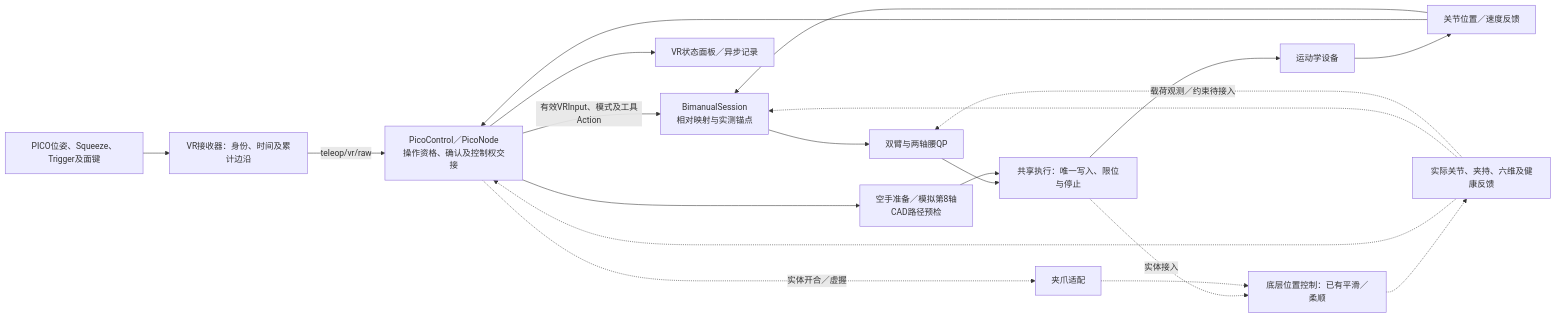
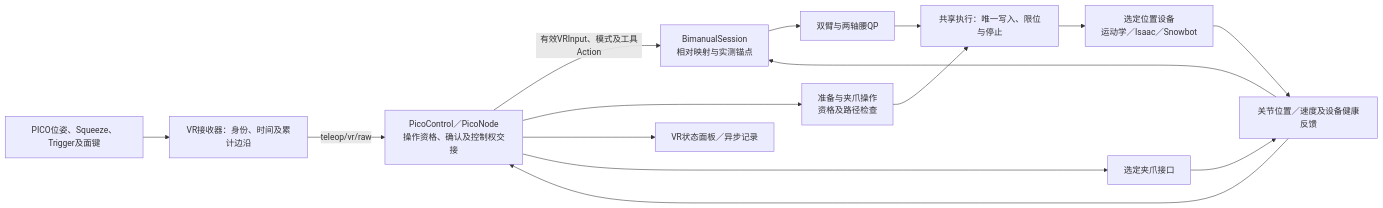
The diagram in src/capabilities/bindu_teleoperation/README.md (WXB1870/bindu), drawn with Mermaid before and after one commit. The commit also changed other lines of this file and 10 other files, not shown here.

````diff
--- a/src/capabilities/bindu_teleoperation/README.md
+++ b/src/capabilities/bindu_teleoperation/README.md
@@ -516,22 +517,17 @@
 ```mermaid
 flowchart LR
     PICO[PICO位姿、Squeeze、Trigger及面键] --> RX[VR接收器：身份、时间及累计边沿]
     RX -->|teleop/vr/raw| CO[PicoControl／PicoNode<br/>操作资格、确认及控制权交接]
     CO -->|有效VRInput、模式及工具Action| MAP[BimanualSession<br/>相对映射与实测锚点]
-    CO --> OP[空手准备／模拟第8轴<br/>CAD路径预检]
+    CO --> OP[准备与夹爪操作<br/>资格及路径检查]
     MAP --> QP[双臂与两轴腰QP]
     QP --> EXEC[共享执行：唯一写入、限位与停止]
     OP --> EXEC
-    EXEC --> SIM[运动学设备]
-    SIM --> FB[关节位置／速度反馈]
+    EXEC --> DEV[选定位置设备<br/>运动学／Isaac／Snowbot]
+    DEV --> FB[关节位置／速度及设备健康反馈]
     FB --> CO
     FB --> MAP
     CO --> UI[VR状态面板／异步记录]
-    EXEC -.实体接入.-> LOW[底层位置控制：已有平滑／柔顺]
-    CO -.实体开合／虚握.-> CLAW[夹爪适配]
-    CLAW -.-> LOW
-    LOW -.-> REALFB[实际关节、夹持、六维及健康反馈]
-    REALFB -.-> CO
-    REALFB -.-> MAP
-    REALFB -.载荷观测／约束待接入.-> QP
+    CO --> CLAW[选定夹爪接口]
+    CLAW --> FB
 ```
````
